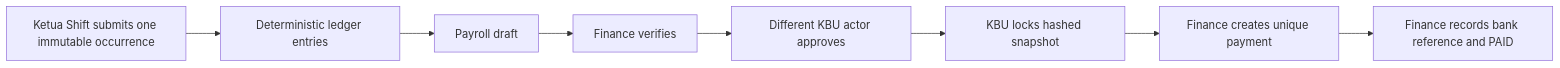
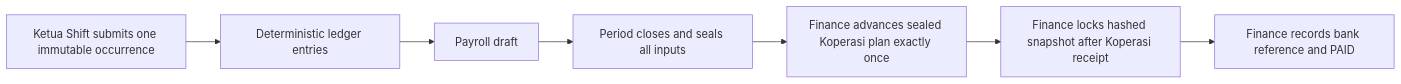
The first of 2 diagrams in PAYROLL_SECURITY_ROLLOUT.md (GhinanNavsih/Sistem_Internal_Keuangan_YAPETIDU), drawn with Mermaid before and after one commit. The commit also changed other lines of this file and 44 other files, not shown here.

````diff
--- a/PAYROLL_SECURITY_ROLLOUT.md
+++ b/PAYROLL_SECURITY_ROLLOUT.md
@@ -9,10 +9,9 @@
 ```mermaid
 flowchart LR
   A["Ketua Shift submits one immutable occurrence"] --> B["Deterministic ledger entries"]
   B --> C["Payroll draft"]
-  C --> D["Finance verifies"]
-  D --> E["Different KBU actor approves"]
-  E --> F["KBU locks hashed snapshot"]
-  F --> G["Finance creates unique payment"]
-  G --> H["Finance records bank reference and PAID"]
+  C --> D["Period closes and seals all inputs"]
+  D --> E["Finance advances sealed Koperasi plan exactly once"]
+  E --> F["Finance locks hashed snapshot after Koperasi receipt"]
+  F --> G["Finance records bank reference and PAID"]
 ```
````
